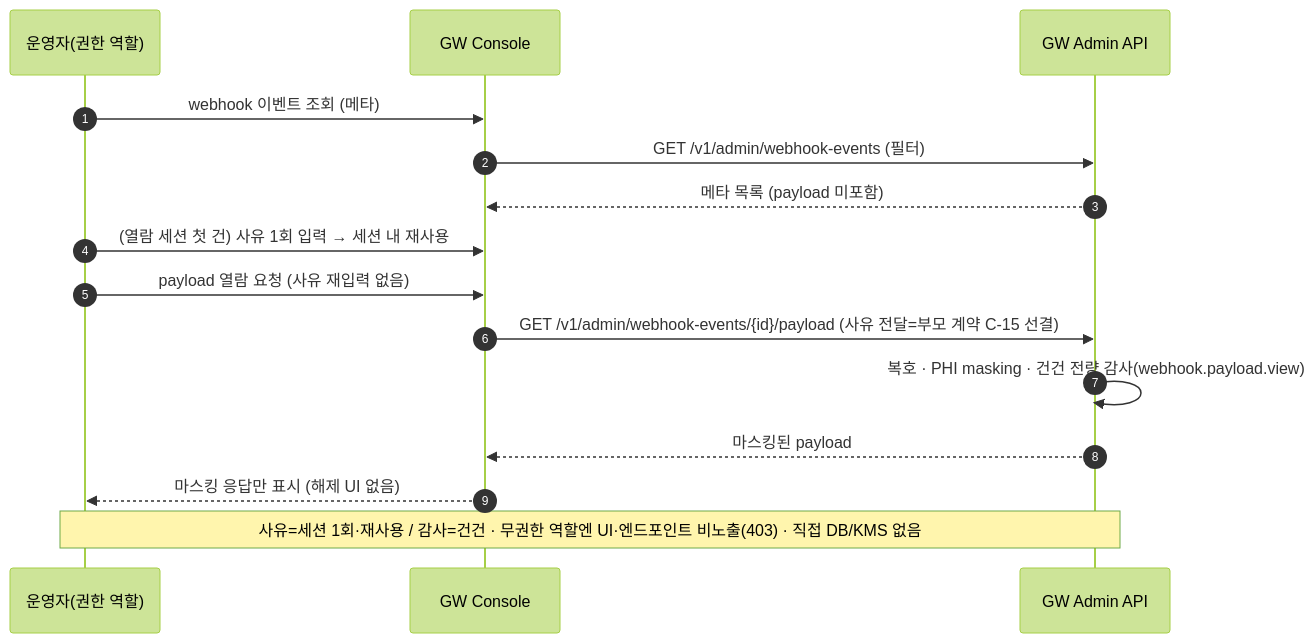
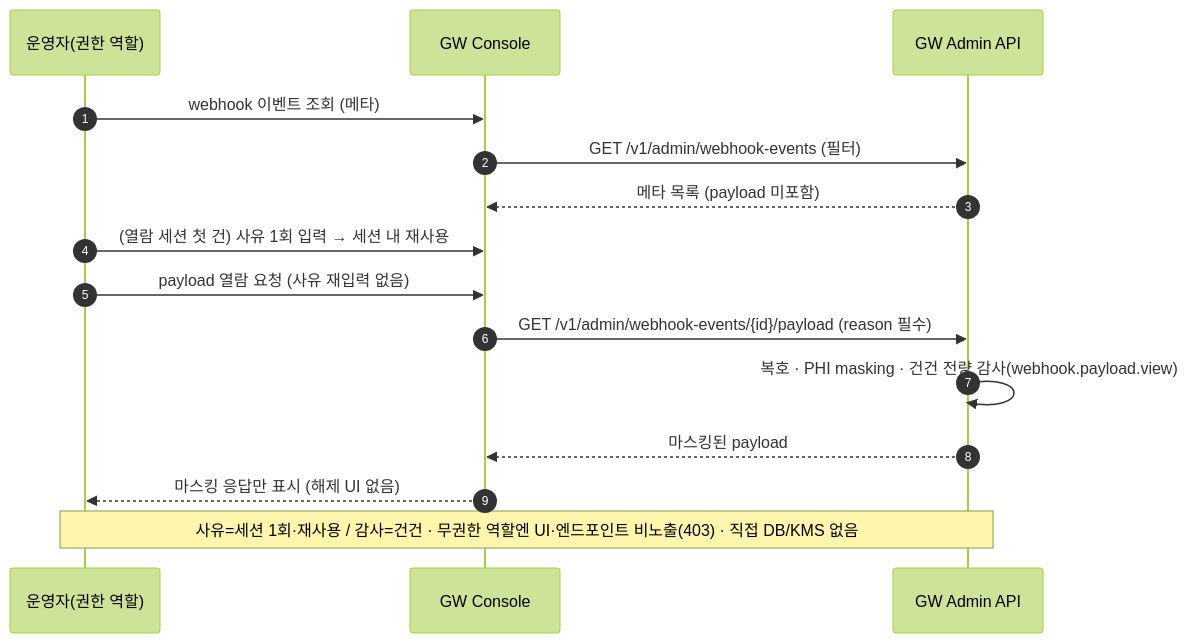
The ninth of 11 diagrams in docs/VT_API_Gateway/08.VT_API_Gateway/specs/03c-subsrs-gw-console/SRS.md (gracegyu/scp-architecture), drawn with Mermaid (forest theme) before and after one commit. The commit also changed other lines of this file, not shown here.

````diff
--- a/docs/VT_API_Gateway/08.VT_API_Gateway/specs/03c-subsrs-gw-console/SRS.md
+++ b/docs/VT_API_Gateway/08.VT_API_Gateway/specs/03c-subsrs-gw-console/SRS.md
@@ -335,17 +335,17 @@
 ```mermaid
 sequenceDiagram
     autonumber
     participant OP as 운영자(권한 역할)
     participant C as GW Console
     participant GW as GW Admin API
     OP->>C: webhook 이벤트 조회 (메타)
     C->>GW: GET /v1/admin/webhook-events (필터)
     GW-->>C: 메타 목록 (payload 미포함)
     OP->>C: (열람 세션 첫 건) 사유 1회 입력 → 세션 내 재사용
     OP->>C: payload 열람 요청 (사유 재입력 없음)
-    C->>GW: GET /v1/admin/webhook-events/{id}/payload (사유 전달=부모 계약 C-15 선결)
+    C->>GW: GET /v1/admin/webhook-events/{id}/payload (reason 필수)
     GW->>GW: 복호 · PHI masking · 건건 전량 감사(webhook.payload.view)
     GW-->>C: 마스킹된 payload
     C-->>OP: 마스킹 응답만 표시 (해제 UI 없음)
     Note over OP,GW: 사유=세션 1회·재사용 / 감사=건건 · 무권한 역할엔 UI·엔드포인트 비노출(403) · 직접 DB/KMS 없음
 ```
````
